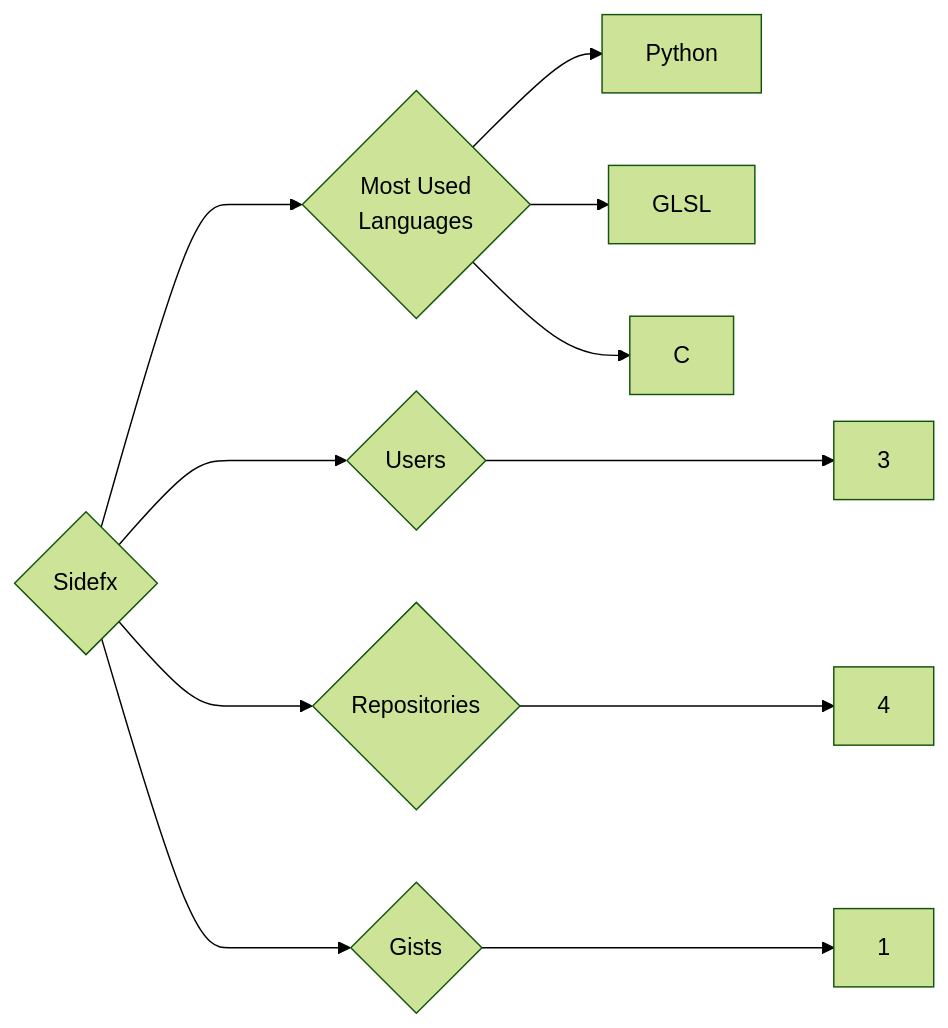
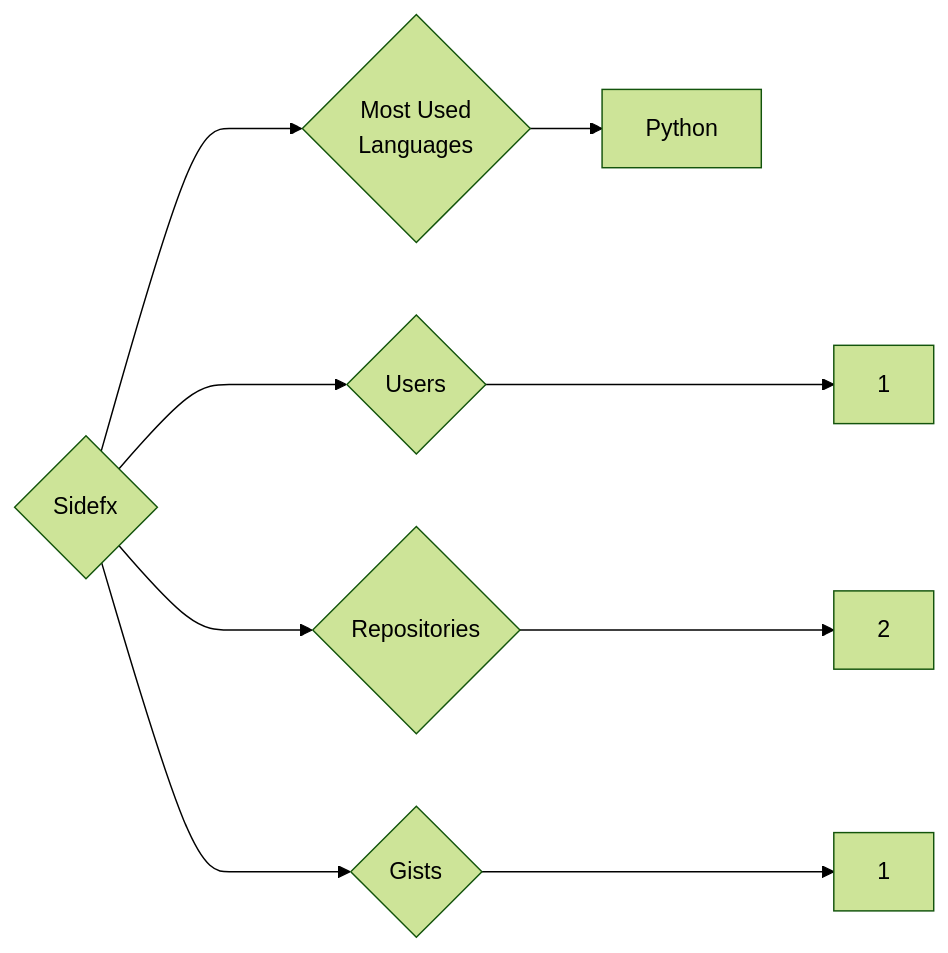
One commit to trickest/insiders changed the diagram in targets/Sidefx/README.md. Above: the diagram before and after it, drawn with Mermaid (forest theme). The commit also changed 695 other files, not shown here.

````diff
--- a/targets/Sidefx/README.md
+++ b/targets/Sidefx/README.md
@@ -3,11 +3,9 @@
 ```mermaid
 graph LR
 COMPANY_NAME{Sidefx}
-COMPANY_NAME ---> U{Users} ---> UN[3]
-COMPANY_NAME ---> R{Repositories} ---> RN[4]
+COMPANY_NAME ---> U{Users} ---> UN[1]
+COMPANY_NAME ---> R{Repositories} ---> RN[2]
 COMPANY_NAME ---> G{Gists} ---> GN[1]
 COMPANY_NAME ---> ML{Most Used<br>Languages}
 ML --> Python[Python]
-ML --> GLSL[GLSL]
-ML --> C[C]
 ```
````
